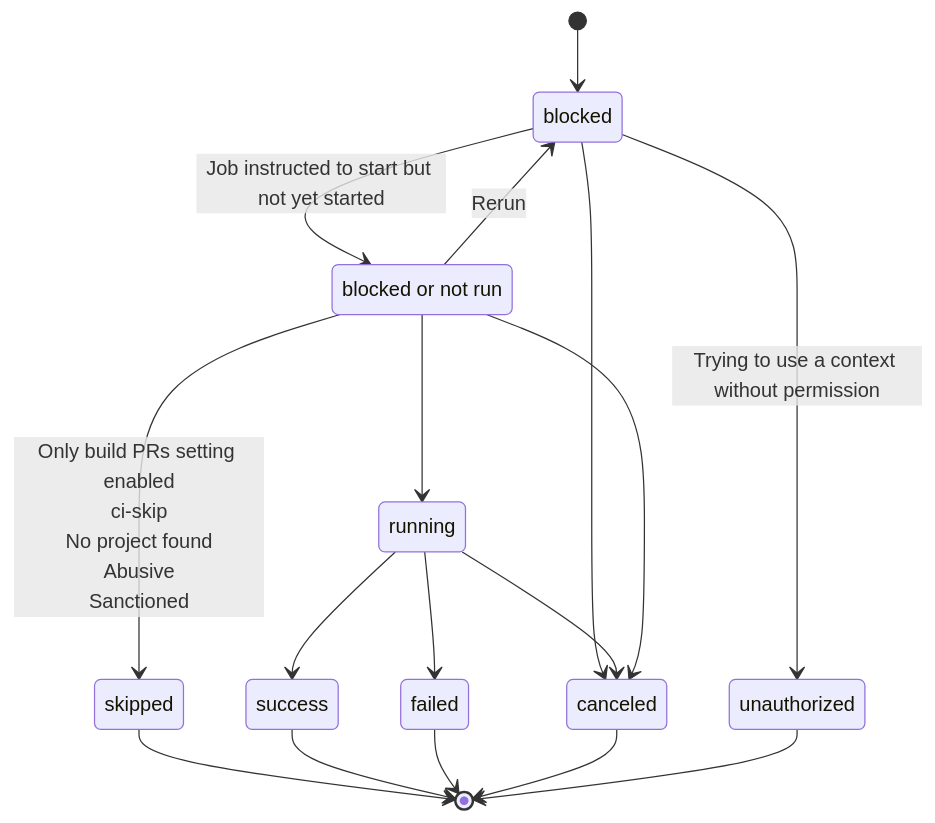
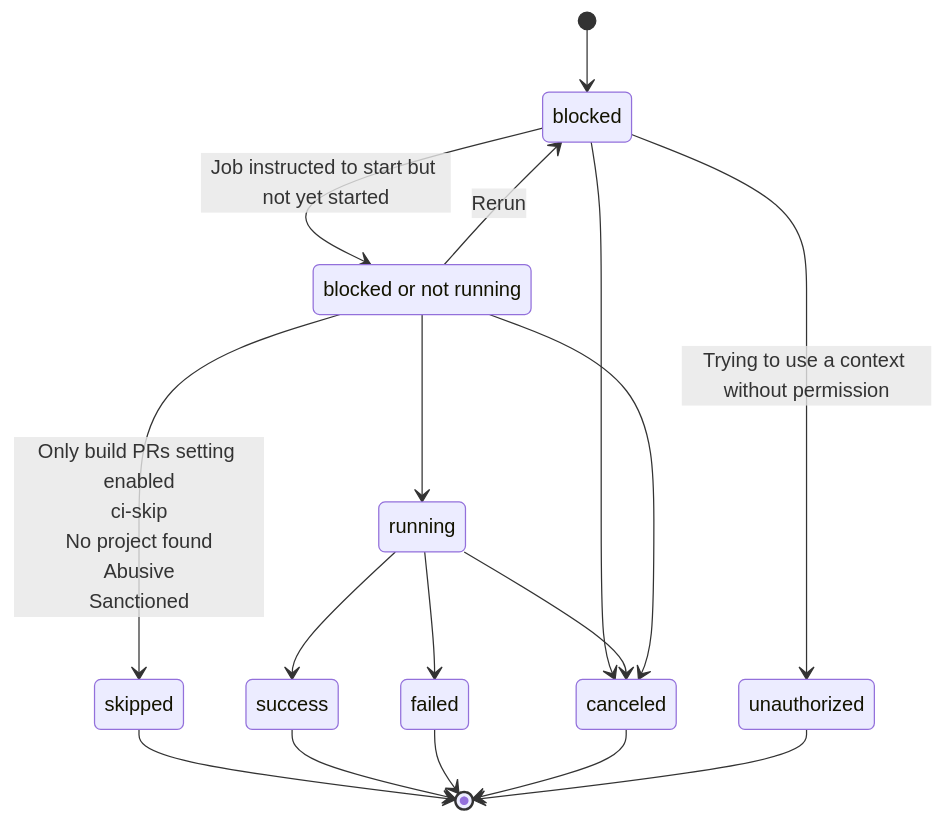
Before and after one commit to circleci/circleci-docs: the diagram in docs/guides/modules/orchestrate/pages/jobs-steps.adoc, drawn with Mermaid. The commit also changed 2 other files, not shown here.

Commit message:
fix up all state diagrams to have public-friendly names

```diff
--- a/docs/guides/modules/orchestrate/pages/jobs-steps.adoc
+++ b/docs/guides/modules/orchestrate/pages/jobs-steps.adoc
@@ -79,31 +79,31 @@
 [mermaid]
 ----
 stateDiagram-v2
     direction TB
     [*] --> blocked
 
-    state "blocked or not run" as pending
+    state "blocked or not running" as pending
     blocked --> pending : Job instructed to start but not yet started
     blocked --> unauthorized : Trying to use a context without permission
     blocked --> canceled
 
     pending --> running
 
     pending --> skipped : Only build PRs setting enabled<br/>ci-skip<br/>No project found<br/>Abusive<br/>Sanctioned
     pending --> blocked : Rerun
 
     running --> canceled
     pending --> canceled
 
 
 
     running --> failed
     running --> success
 
     skipped --> [*]
     success --> [*]
     failed --> [*]
     canceled --> [*]
     unauthorized --> [*]
 
 ----
```
